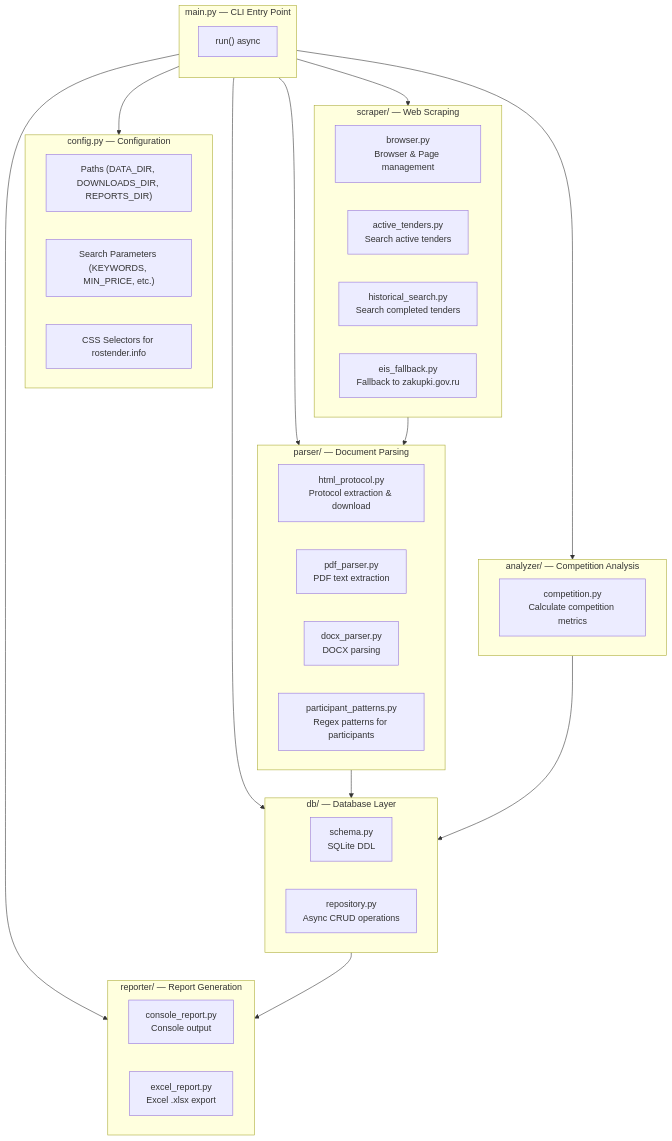
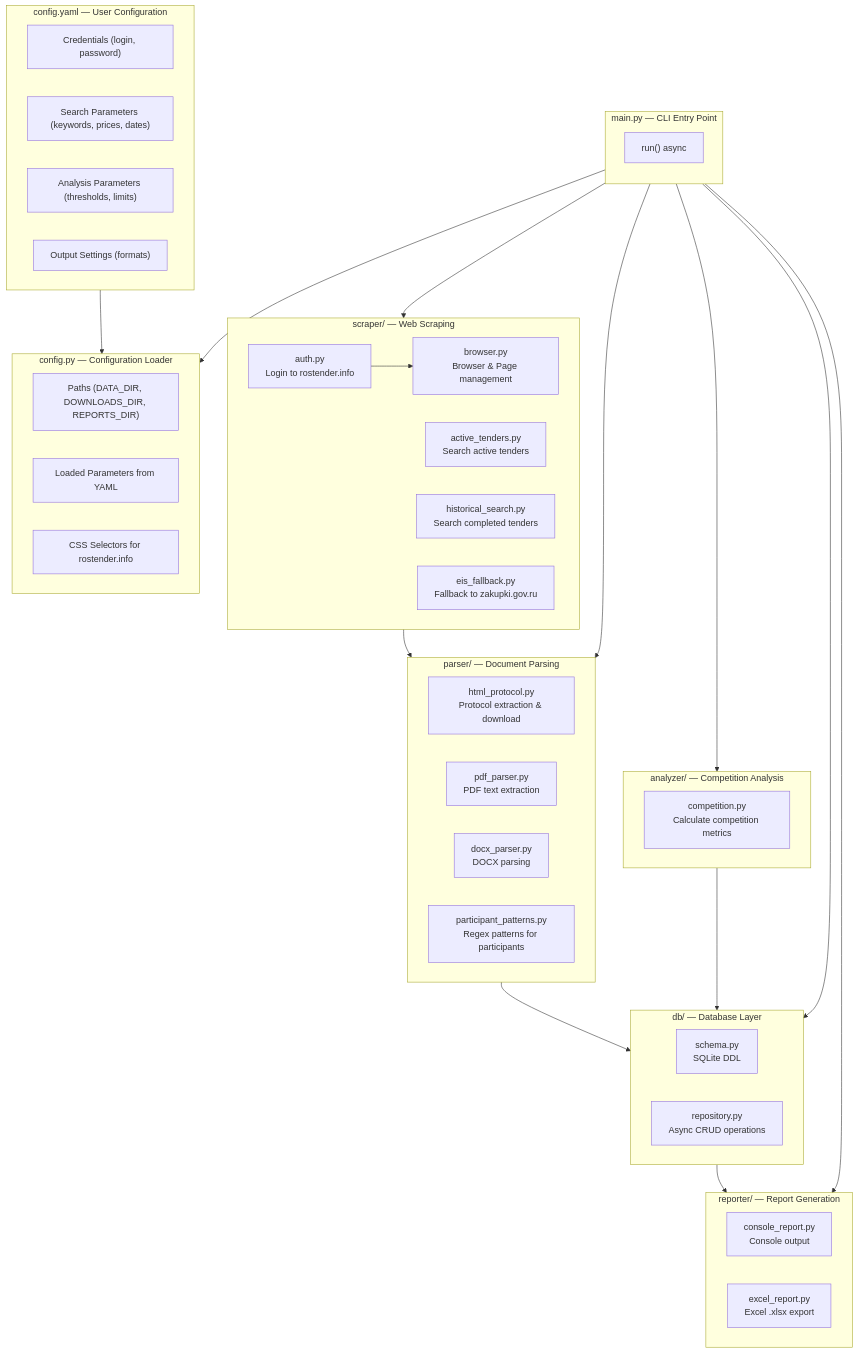
One commit to volk6022/rostender-parse changed the first of 10 diagrams in STRUCTURE.md. Above: the diagram before and after it, drawn with Mermaid. The commit also changed other lines of this file and 8 other files, not shown here.

````diff
--- a/STRUCTURE.md
+++ b/STRUCTURE.md
@@ -9,53 +9,63 @@
 ```mermaid
 flowchart TB
     subgraph CLI["main.py — CLI Entry Point"]
         direction TB
         run["run() async"]
     end
 
-    subgraph Config["config.py — Configuration"]
+    subgraph ConfigYAML["config.yaml — User Configuration"]
+        creds["Credentials (login, password)"]
+        search_params["Search Parameters (keywords, prices, dates)"]
+        analysis_params["Analysis Parameters (thresholds, limits)"]
+        output_params["Output Settings (formats)"]
+    end
+
+    subgraph Config["config.py — Configuration Loader"]
         dirs["Paths (DATA_DIR, DOWNLOADS_DIR, REPORTS_DIR)"]
-        params["Search Parameters (KEYWORDS, MIN_PRICE, etc.)"]
+        params["Loaded Parameters from YAML"]
         selectors["CSS Selectors for rostender.info"]
     end
 
     subgraph Scraper["scraper/ — Web Scraping"]
+        auth["auth.py<br/>Login to rostender.info"]
         browser["browser.py<br/>Browser & Page management"]
         active["active_tenders.py<br/>Search active tenders"]
         historical["historical_search.py<br/>Search completed tenders"]
         eis["eis_fallback.py<br/>Fallback to zakupki.gov.ru"]
     end
 
     subgraph Parser["parser/ — Document Parsing"]
         html_proto["html_protocol.py<br/>Protocol extraction & download"]
         pdf["pdf_parser.py<br/>PDF text extraction"]
         docx["docx_parser.py<br/>DOCX parsing"]
         patterns["participant_patterns.py<br/>Regex patterns for participants"]
     end
 
     subgraph Analyzer["analyzer/ — Competition Analysis"]
         competition["competition.py<br/>Calculate competition metrics"]
     end
 
     subgraph DB["db/ — Database Layer"]
         schema["schema.py<br/>SQLite DDL"]
         repo["repository.py<br/>Async CRUD operations"]
     end
 
     subgraph Reporter["reporter/ — Report Generation"]
         console["console_report.py<br/>Console output"]
         excel["excel_report.py<br/>Excel .xlsx export"]
     end
 
+    ConfigYAML --> Config
     CLI --> Config
     CLI --> Scraper
     CLI --> Parser
     CLI --> Analyzer
     CLI --> DB
     CLI --> Reporter
 
+    auth --> browser
     Scraper --> Parser
     Parser --> DB
     Analyzer --> DB
     DB --> Reporter
 ```
````
